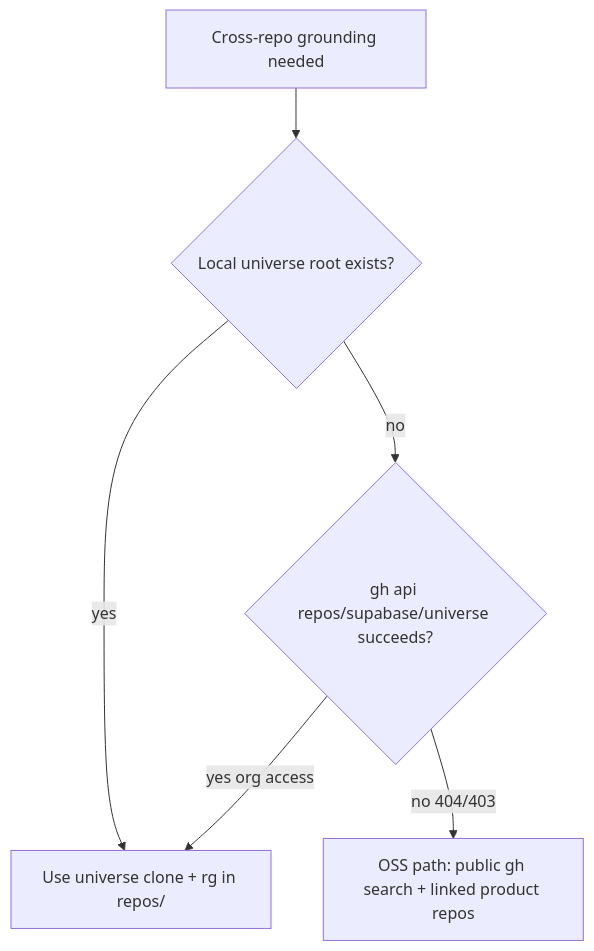
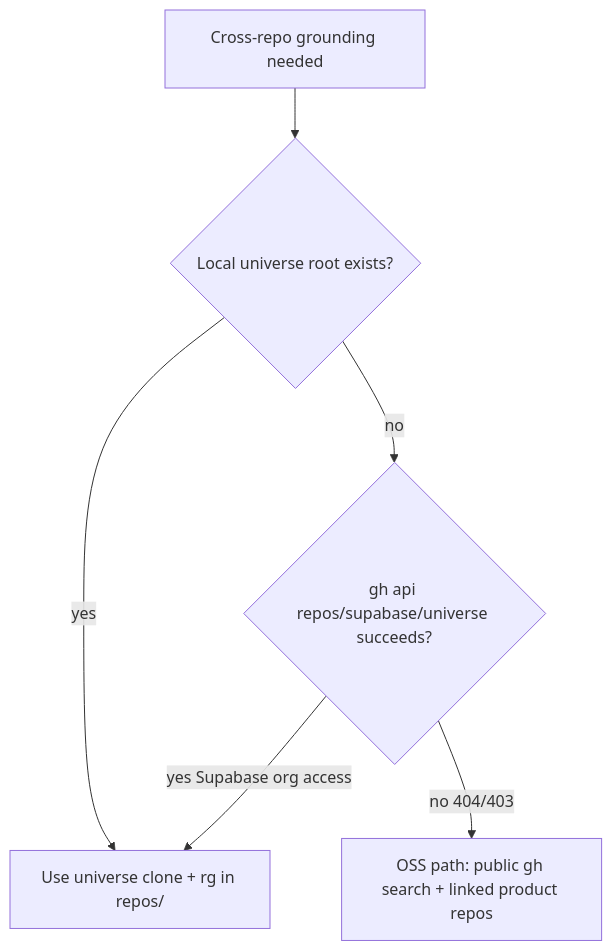
The diagram in .agents/skills/pm-the-docs/reference/universe-lookup.md (supabase/supabase), drawn with Mermaid before and after one commit. The commit also changed other lines of this file and 1 other file, not shown here.

Commit message:
docs: say Supabase org access instead of employees
Frame universe as access-gated, not employee-only, so OSS contributors
are not turned away by exclusionary wording.

````diff
--- a/.agents/skills/pm-the-docs/reference/universe-lookup.md
+++ b/.agents/skills/pm-the-docs/reference/universe-lookup.md
@@ -11,13 +11,13 @@
 ```mermaid
 flowchart TD
   start[Cross-repo grounding needed]
   clone{"Local universe root exists?"}
   ghApi{"gh api repos/supabase/universe succeeds?"}
   useUniverse[Use universe clone + rg in repos/]
   ossPath[OSS path: public gh search + linked product repos]
   start --> clone
   clone -->|yes| useUniverse
   clone -->|no| ghApi
-  ghApi -->|yes org access| useUniverse
+  ghApi -->|yes Supabase org access| useUniverse
   ghApi -->|no 404/403| ossPath
 ```
````
